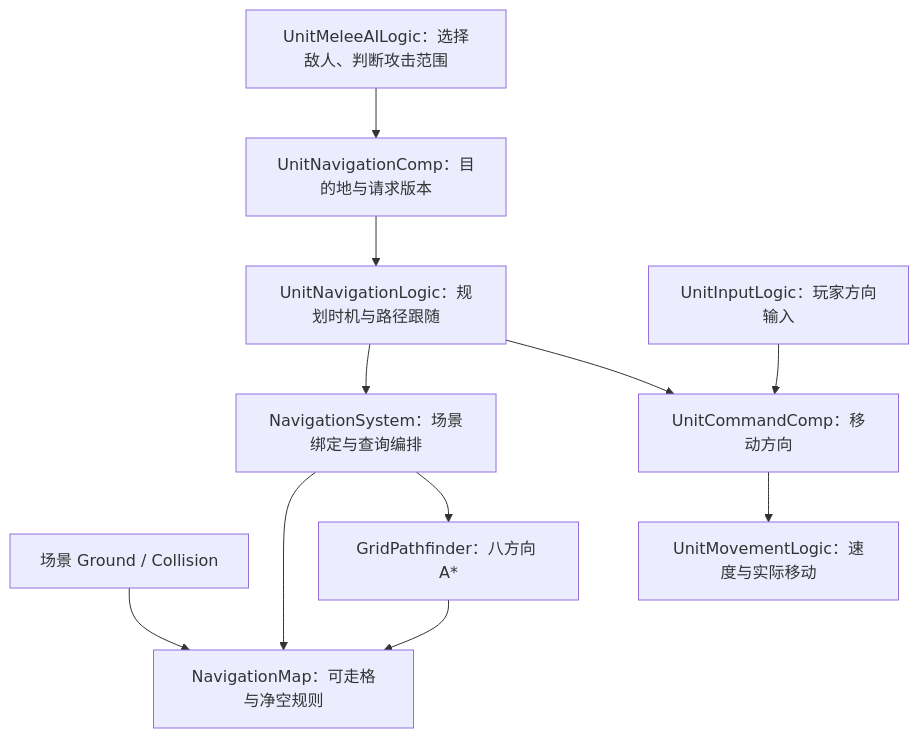
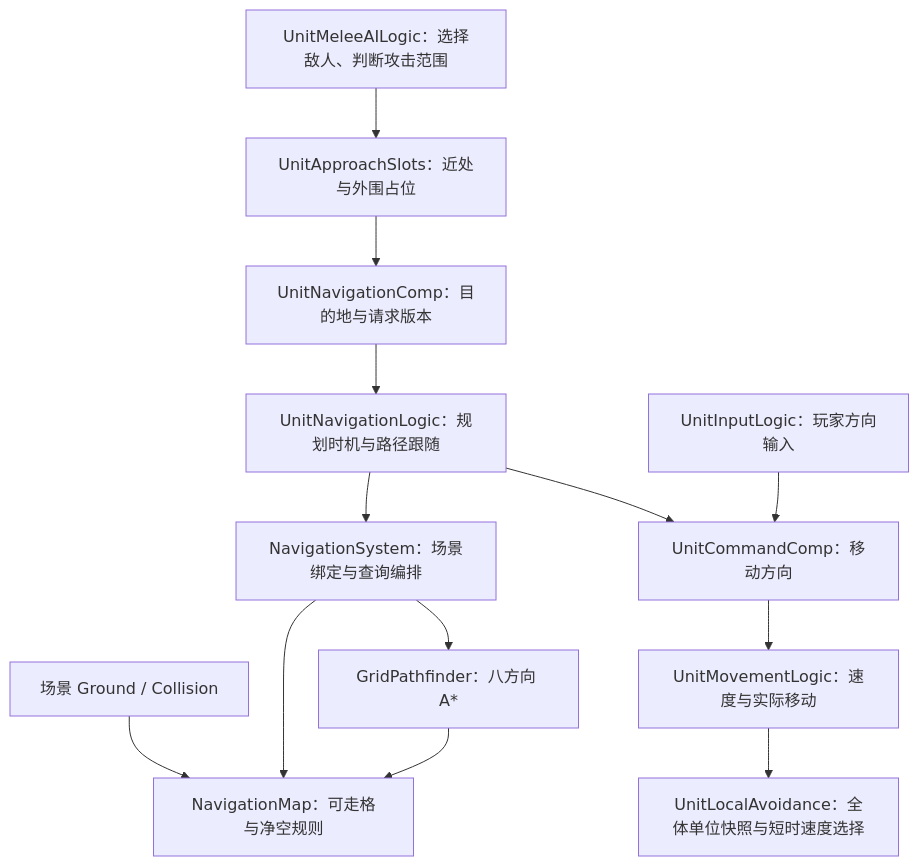
Before and after one commit to WLDZS/Tiny-Nations: the diagram in Assets/Doc/NavigationArchitectureReview.md, drawn with Mermaid. The commit also changed other lines of this file and 84 other files, not shown here.

````diff
--- a/Assets/Doc/NavigationArchitectureReview.md
+++ b/Assets/Doc/NavigationArchitectureReview.md
@@ -10,13 +10,15 @@
 ```mermaid
 flowchart TD
     Scene[场景 Ground / Collision] --> Map[NavigationMap：可走格与净空规则]
     Service[NavigationSystem：场景绑定与查询编排] --> Map
     Service --> Search[GridPathfinder：八方向 A*]
     Search --> Map
-    AI[UnitMeleeAILogic：选择敌人、判断攻击范围] --> Request[UnitNavigationComp：目的地与请求版本]
+    AI[UnitMeleeAILogic：选择敌人、判断攻击范围] --> Slots[UnitApproachSlots：近处与外围占位]
+    Slots --> Request[UnitNavigationComp：目的地与请求版本]
     Request --> Follow[UnitNavigationLogic：规划时机与路径跟随]
     Follow --> Service
     Follow --> Command[UnitCommandComp：移动方向]
     Input[UnitInputLogic：玩家方向输入] --> Command
     Command --> Move[UnitMovementLogic：速度与实际移动]
+    Move --> Avoid[UnitLocalAvoidance：全体单位快照与短时速度选择]
 ```
````
